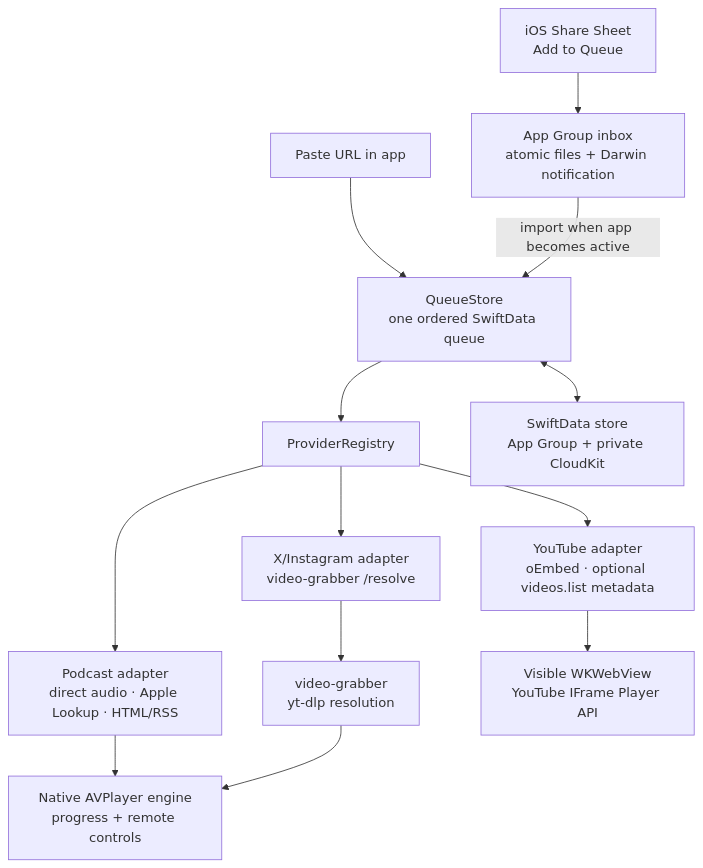
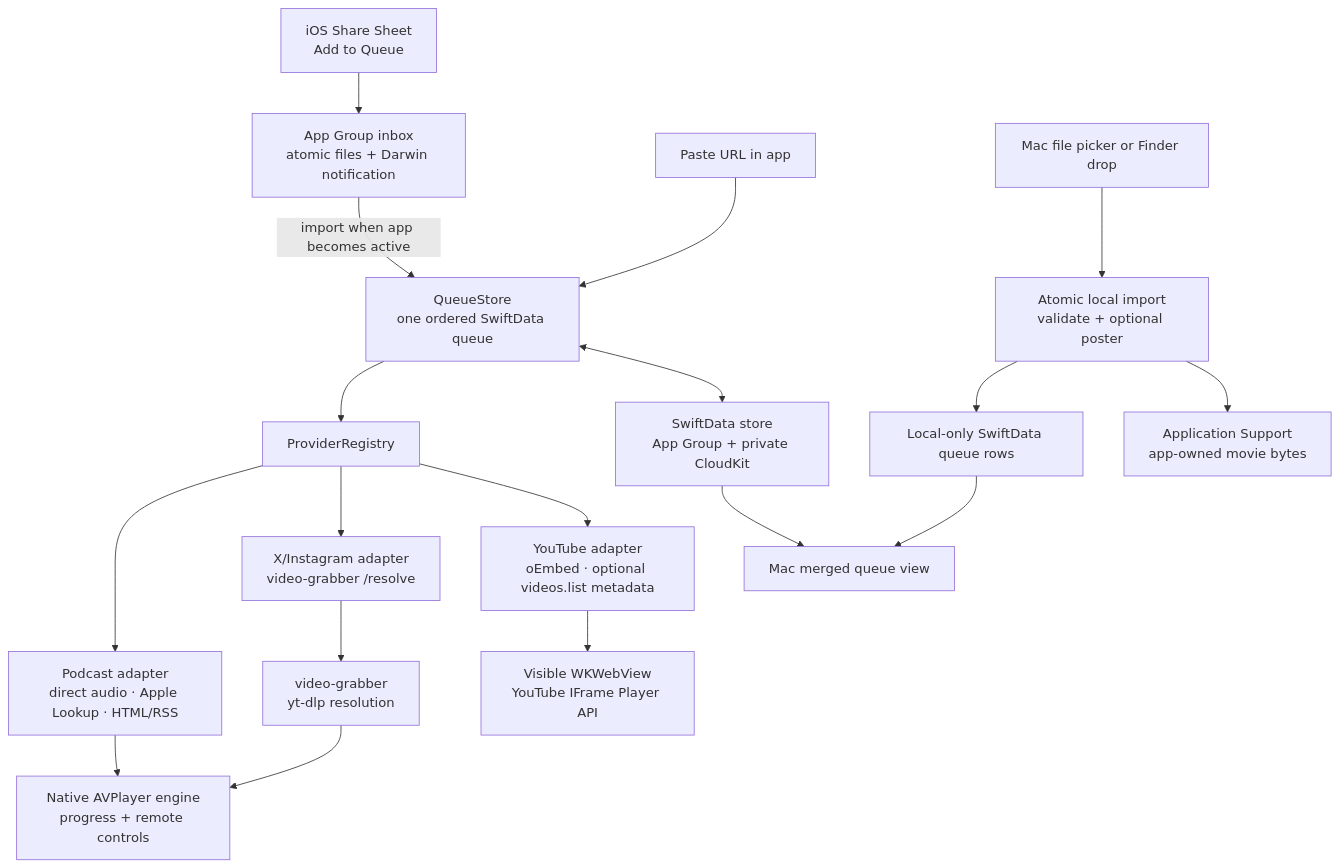
One commit to Kevinmthau/listen-later changed the diagram in README.md. Above: the diagram before and after it, drawn with Mermaid. The commit also changed other lines of this file and 35 other files, not shown here.

Commit message:
Add native macOS playback and local media support

````diff
--- a/README.md
+++ b/README.md
@@ -22,15 +23,20 @@
 ```mermaid
 flowchart TD
     Share["iOS Share Sheet<br>Add to Queue"] --> Inbox["App Group inbox<br>atomic files + Darwin notification"]
     Paste["Paste URL in app"] --> Queue
     Inbox -->|"import when app becomes active"| Queue["QueueStore<br>one ordered SwiftData queue"]
     Queue --> Registry["ProviderRegistry"]
     Registry --> Podcast["Podcast adapter<br>direct audio · Apple Lookup · HTML/RSS"]
     Registry --> Social["X/Instagram adapter<br>video-grabber /resolve"]
     Registry --> YouTube["YouTube adapter<br>oEmbed · optional videos.list metadata"]
     Podcast --> Native["Native AVPlayer engine<br>progress + remote controls"]
     Social --> Grabber["video-grabber<br>yt-dlp resolution"]
     Grabber --> Native
     YouTube --> IFrame["Visible WKWebView<br>YouTube IFrame Player API"]
     Queue <--> Store["SwiftData store<br>App Group + private CloudKit"]
+    Finder["Mac file picker or Finder drop"] --> Import["Atomic local import<br>validate + optional poster"]
+    Import --> LocalQueue["Local-only SwiftData queue rows"]
+    Import --> LocalBytes["Application Support<br>app-owned movie bytes"]
+    Store --> MacQueue["Mac merged queue view"]
+    LocalQueue --> MacQueue
 ```
````
